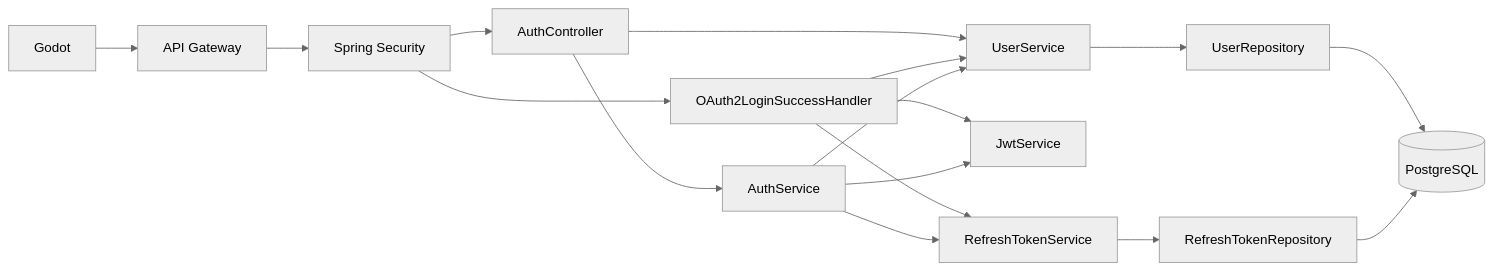
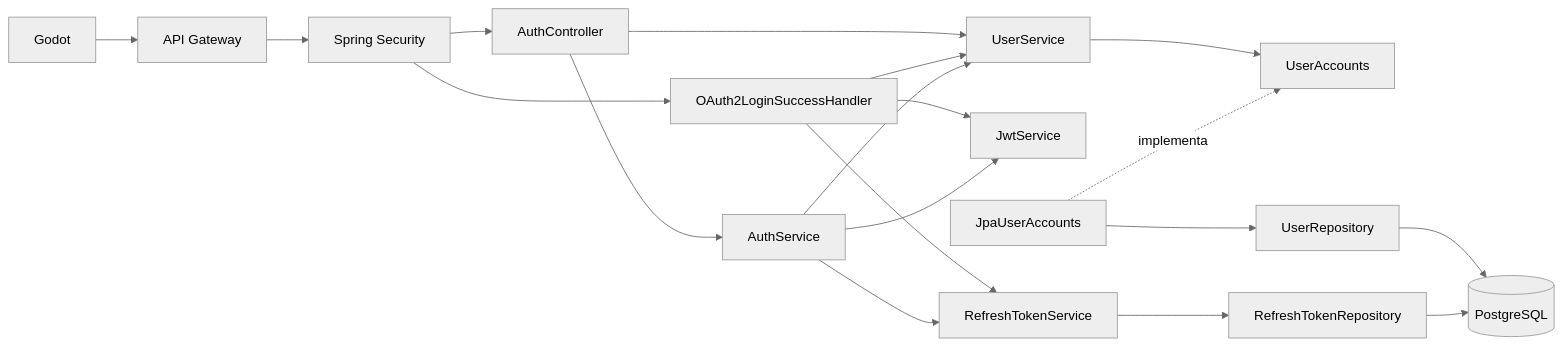
The diagram in auth-service/docs/architecture.md (Mateo-Castro06/PixelChissServer), drawn with Mermaid (neutral theme) before and after one commit. The commit also changed other lines of this file and 31 other files, not shown here.

````diff
--- a/auth-service/docs/architecture.md
+++ b/auth-service/docs/architecture.md
@@ -22,19 +23,21 @@
 ```mermaid
 flowchart LR
   Godot --> Gateway[API Gateway]
   Gateway --> Filters[Spring Security]
   Filters --> Controller[AuthController]
   Controller --> Auth[AuthService]
   Controller --> Users[UserService]
   Filters --> OAuth[OAuth2LoginSuccessHandler]
   OAuth --> Users
   OAuth --> JWT[JwtService]
   OAuth --> Refresh[RefreshTokenService]
   Auth --> Users
   Auth --> JWT
   Auth --> Refresh
-  Users --> UR[UserRepository]
+  Users --> Accounts[UserAccounts]
+  JPA[JpaUserAccounts] -. implementa .-> Accounts
+  JPA --> UR[UserRepository]
   Refresh --> RR[RefreshTokenRepository]
   UR --> DB[(PostgreSQL)]
   RR --> DB
 ```
````
